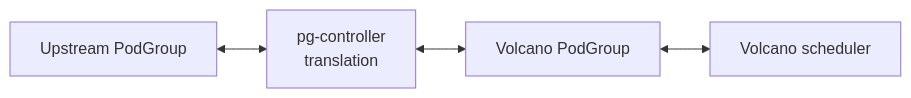
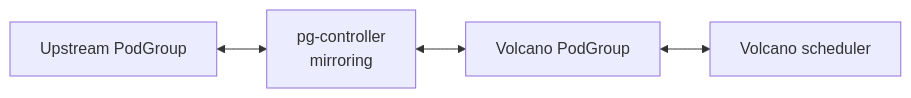
Before and after one commit to JesseStutler/volcano: the tenth of 11 diagrams in docs/research/k8s-workload-aware-scheduling-vs-volcano.md, drawn with Mermaid. The commit also changed other lines of this file and 1 other file, not shown here.

````diff
--- a/docs/research/k8s-workload-aware-scheduling-vs-volcano.md
+++ b/docs/research/k8s-workload-aware-scheduling-vs-volcano.md
@@ -517,10 +436,10 @@
 ```mermaid
 flowchart LR
     UA["Upstream PodGroup"]
-    MC["pg-controller<br/>translation"]
+    MC["pg-controller<br/>mirroring"]
     VA["Volcano PodGroup"]
     SA["Volcano scheduler"]
     UA <--> MC
     MC <--> VA
     VA <--> SA
 ```
````
